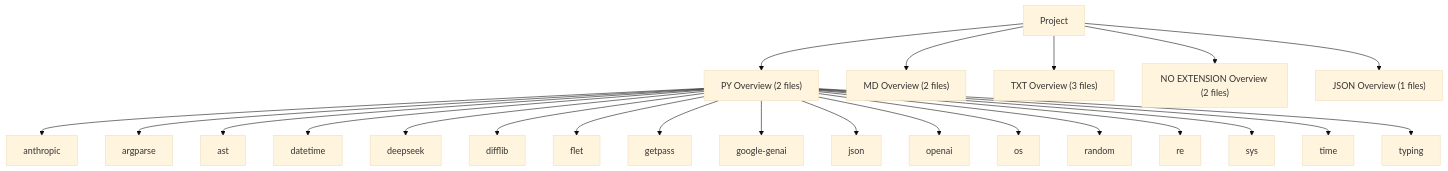
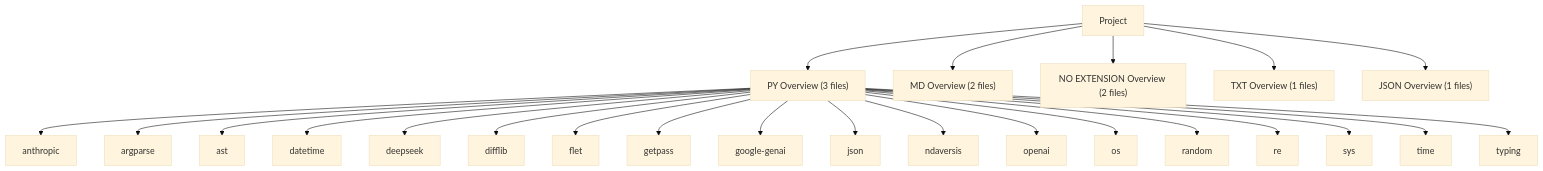
Before and after one commit to lystwork/ndaversis: the fourth of 9 diagrams in readme.md, drawn with Mermaid (base theme). The commit also changed other lines of this file and 3 other files, not shown here.

Commit message:
feat: Enhance README generation with detailed dependency categories, language distribution diagrams, and improved module descriptions, and update version to 0.0.63.

````diff
--- a/readme.md
+++ b/readme.md
@@ -273,25 +307,26 @@
 ```mermaid
 graph TD
-    Project --> lang_PY["PY Overview (2 files)"]
+    Project --> lang_PY["PY Overview (3 files)"]
     lang_PY --> dep_anthropic["anthropic"]
     lang_PY --> dep_argparse["argparse"]
     lang_PY --> dep_ast["ast"]
     lang_PY --> dep_datetime["datetime"]
     lang_PY --> dep_deepseek["deepseek"]
     lang_PY --> dep_difflib["difflib"]
     lang_PY --> dep_flet["flet"]
     lang_PY --> dep_getpass["getpass"]
     lang_PY --> dep_google_genai["google-genai"]
     lang_PY --> dep_json["json"]
+    lang_PY --> dep_ndaversis["ndaversis"]
     lang_PY --> dep_openai["openai"]
     lang_PY --> dep_os["os"]
     lang_PY --> dep_random["random"]
     lang_PY --> dep_re["re"]
     lang_PY --> dep_sys["sys"]
     lang_PY --> dep_time["time"]
     lang_PY --> dep_typing["typing"]
     Project --> lang_MD["MD Overview (2 files)"]
-    Project --> lang_TXT["TXT Overview (3 files)"]
     Project --> lang_NO_EXTENSION["NO EXTENSION Overview (2 files)"]
+    Project --> lang_TXT["TXT Overview (1 files)"]
     Project --> lang_JSON["JSON Overview (1 files)"]
 ```
````
